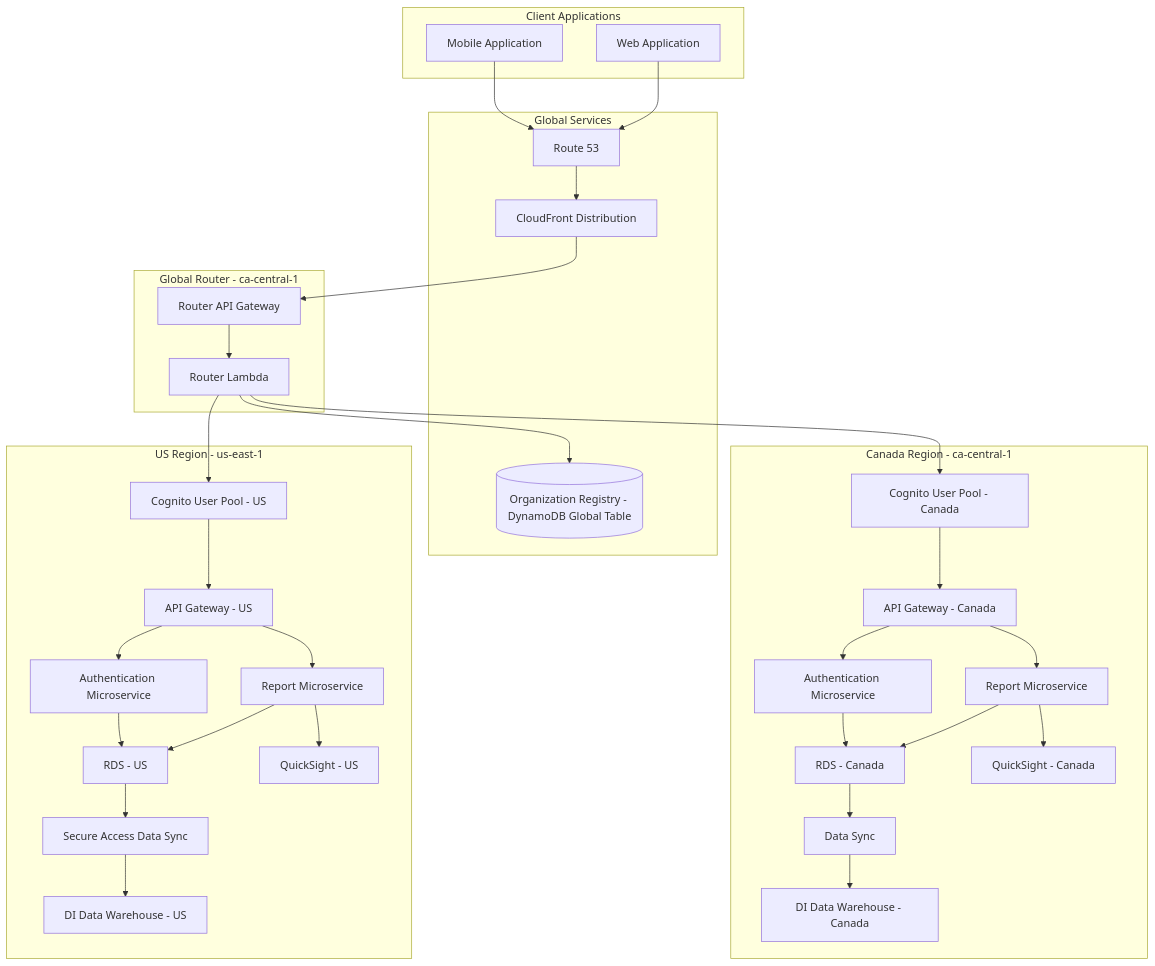
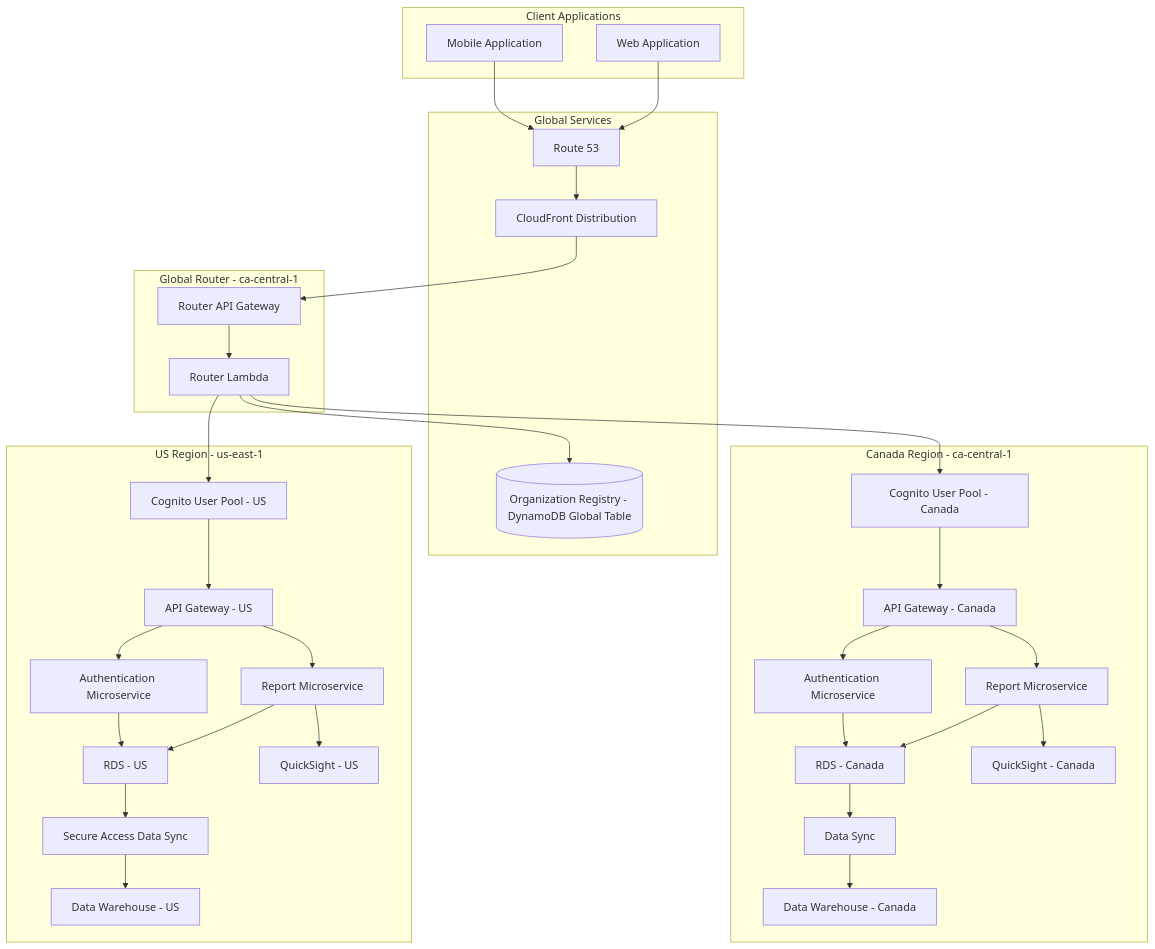
The second of 3 diagrams in Detailed.md (hugger-beep/private1), drawn with Mermaid before and after one commit.

````diff
--- a/Detailed.md
+++ b/Detailed.md
@@ -72,70 +72,70 @@
 ```mermaid
 graph TD
     subgraph "Global Services"
         Route53[Route 53]
         GlobalDDB[(Organization Registry - DynamoDB Global Table)]
         CloudFront[CloudFront Distribution]
     end
     
     subgraph "Client Applications"
         MobileApp[Mobile Application]
         WebApp[Web Application]
     end
     
     subgraph "Global Router - ca-central-1"
         RouterAPI[Router API Gateway]
         RouterLambda[Router Lambda]
     end
     
     subgraph "Canada Region - ca-central-1"
         CAUserPool[Cognito User Pool - Canada]
         CAAPI[API Gateway - Canada]
         CAAuth[Authentication Microservice]
         CAReport[Report Microservice]
         CARDS[RDS - Canada]
-        CADW[DI Data Warehouse - Canada]
+        CADW[Data Warehouse - Canada]
         CASecureSync[Data Sync]
         CAQS[QuickSight - Canada]
     end
     
     subgraph "US Region - us-east-1"
         USUserPool[Cognito User Pool - US]
         USAPI[API Gateway - US]
         USAuth[Authentication Microservice]
         USReport[Report Microservice]
         USRDS[RDS - US]
-        USDW[DI Data Warehouse - US]
+        USDW[Data Warehouse - US]
         USSecureSync[Secure Access Data Sync]
         USQS[QuickSight - US]
     end
     
     MobileApp --> Route53
     WebApp --> Route53
     Route53 --> CloudFront
     CloudFront --> RouterAPI
     
     RouterAPI --> RouterLambda
     RouterLambda --> GlobalDDB
     
     RouterLambda --> CAUserPool
     RouterLambda --> USUserPool
     
     CAUserPool --> CAAPI
     USUserPool --> USAPI
     
     CAAPI --> CAAuth
     CAAPI --> CAReport
     CAAuth --> CARDS
     CAReport --> CAQS
     CAReport --> CARDS
     CARDS --> CASecureSync
     CASecureSync --> CADW
     
     USAPI --> USAuth
     USAPI --> USReport
     USAuth --> USRDS
     USReport --> USQS
     USReport --> USRDS
     USRDS --> USSecureSync
     USSecureSync --> USDW
 ```
````
